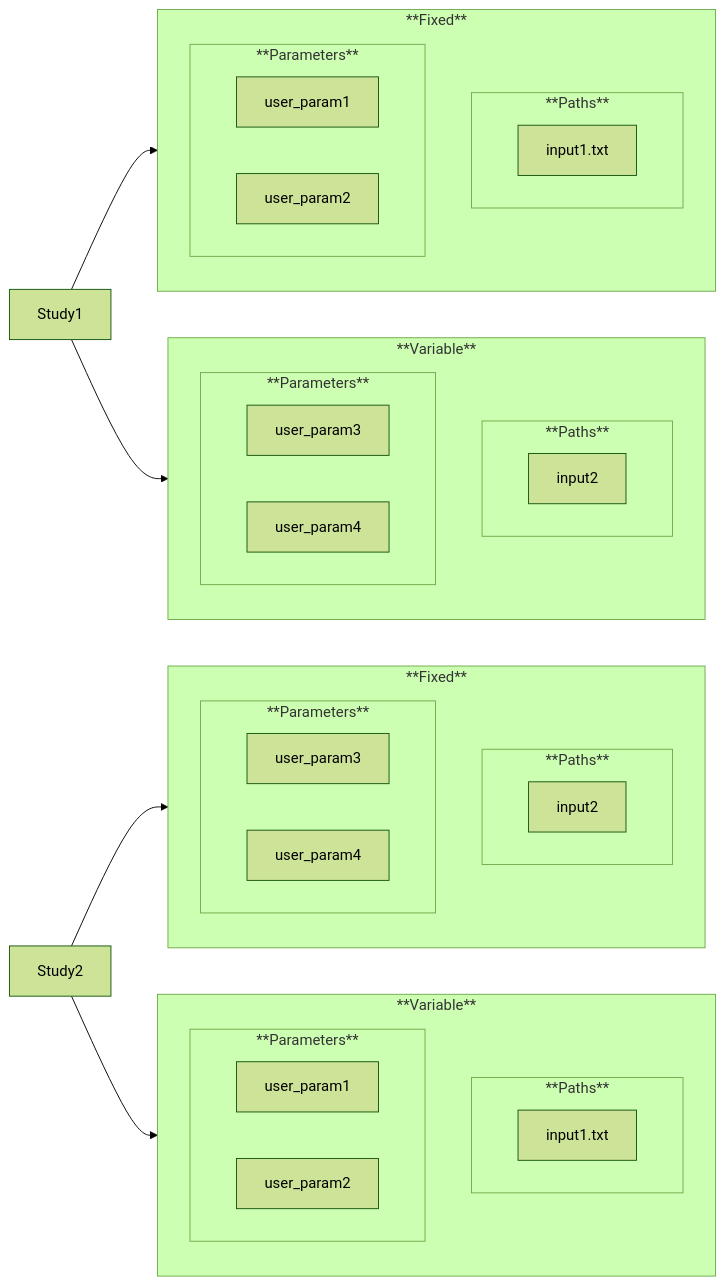
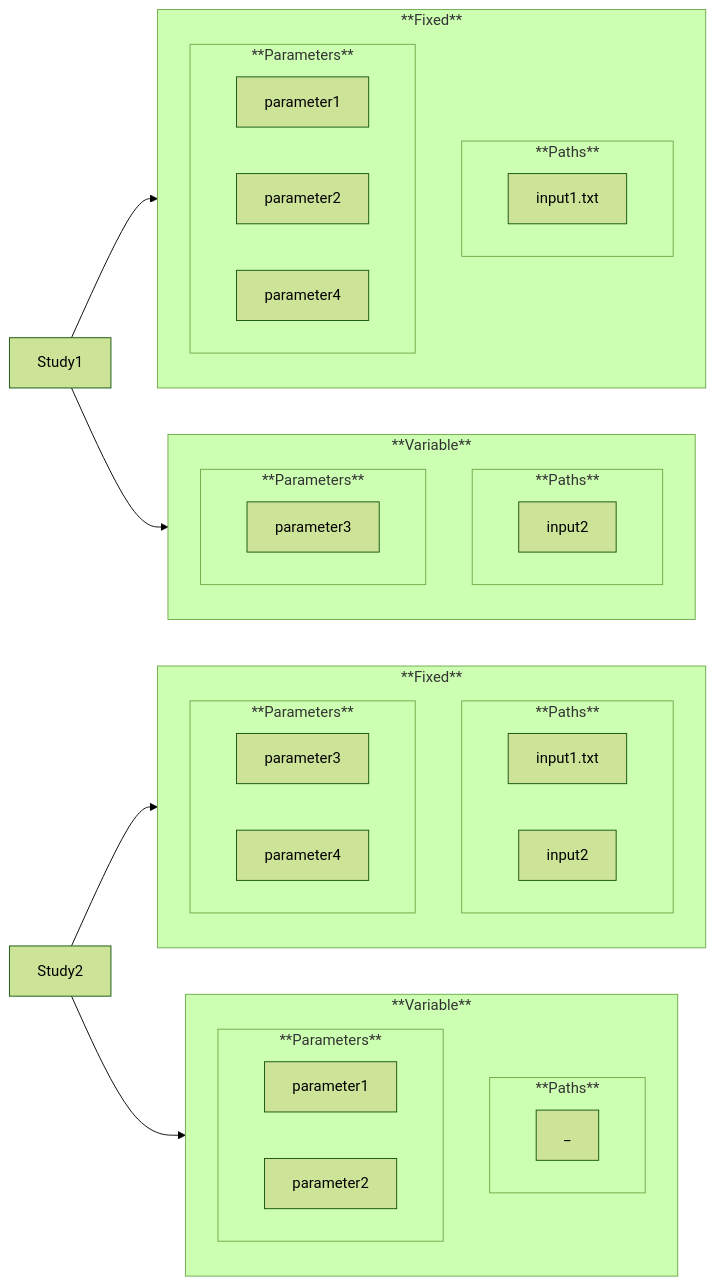
Before and after one commit to nuremics/nuremics: diagram 15 of 16 in README.md, drawn with Mermaid (forest theme). The commit also changed other lines of this file, not shown here.

````diff
--- a/README.md
+++ b/README.md
@@ -418,69 +418,70 @@
 ```mermaid
 flowchart LR
 
   subgraph Fixed1["**Fixed**"]
     direction TB
 
     subgraph Paths_Fixed1["**Paths**"]
       direction LR
       path1_1["input1.txt"]
     end
 
     subgraph Parameter_Fixed1["**Parameters**"]
       direction LR
-      param1_1["user_param1"]
-      param2_1["user_param2"]
+      param1_1["parameter1"]
+      param2_1["parameter2"]
+      param4_1["parameter4"]
     end
   end
 
   subgraph Variable1["**Variable**"]
     direction TB
 
     subgraph Paths_Variable1["**Paths**"]
       direction LR
       path2_1["input2"]
     end
 
     subgraph Parameter_Variable1["**Parameters**"]
       direction LR
-      param3_1["user_param3"]
-      param4_1["user_param4"]
+      param3_1["parameter3"]
     end
   end
 
   Study1 --> Fixed1
   Study1 --> Variable1
 
   subgraph Fixed2["**Fixed**"]
     direction TB
 
     subgraph Paths_Fixed2["**Paths**"]
       direction LR
+      path1_2["input1.txt"]
       path2_2["input2"]
     end
 
     subgraph Parameter_Fixed2["**Parameters**"]
       direction LR
-      param3_2["user_param3"]
-      param4_2["user_param4"]
+      param3_2["parameter3"]
+      param4_2["parameter4"]
     end
   end
 
   subgraph Variable2["**Variable**"]
     direction TB
 
     subgraph Paths_Variable2["**Paths**"]
       direction LR
-      path1_2["input1.txt"]
+      no_path["_"]
     end
 
     subgraph Parameter_Variable2["**Parameters**"]
       direction LR
-      param1_2["user_param1"]
-      param2_2["user_param2"]
+      param1_2["parameter1"]
+      param2_2["parameter2"]
     end
   end
 
   Study2 --> Fixed2
   Study2 --> Variable2
 ```
````
